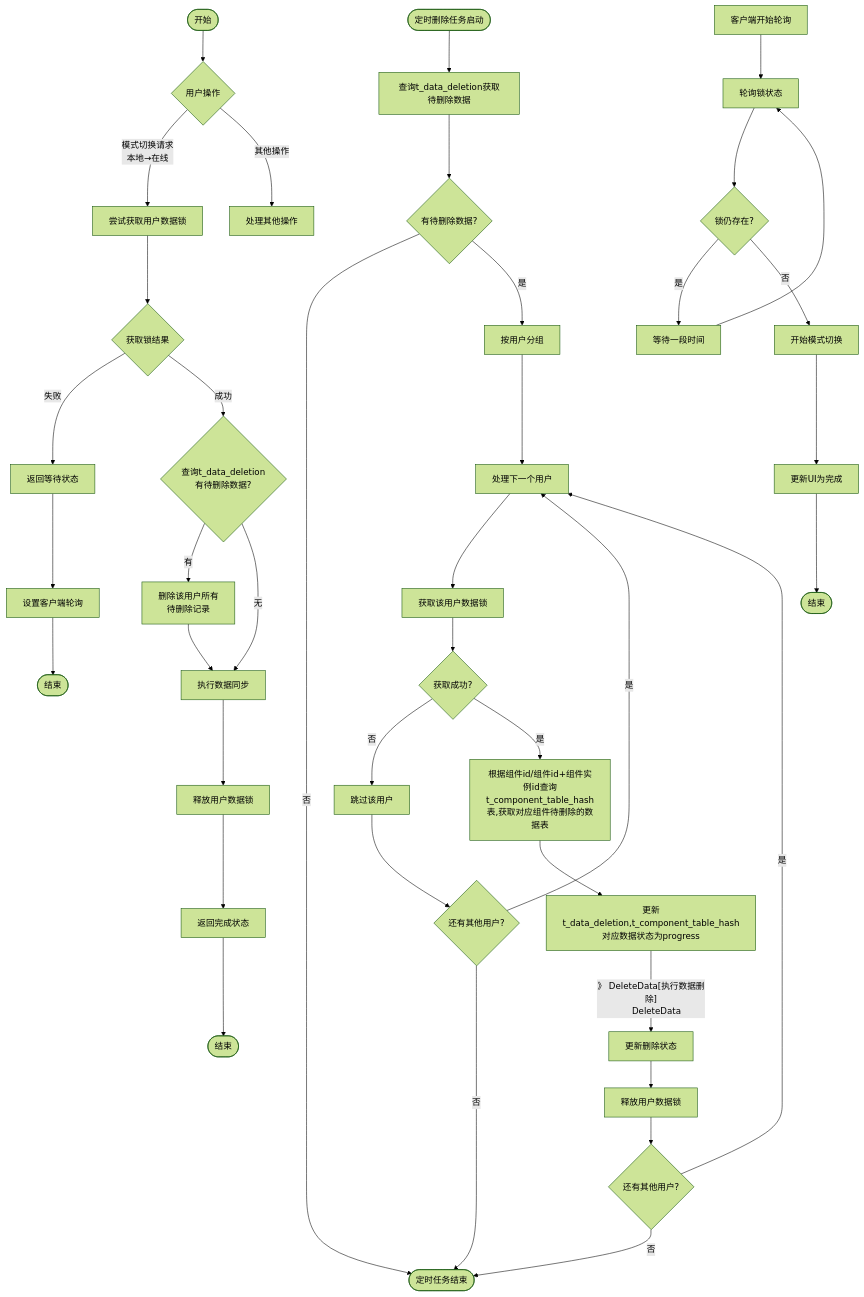
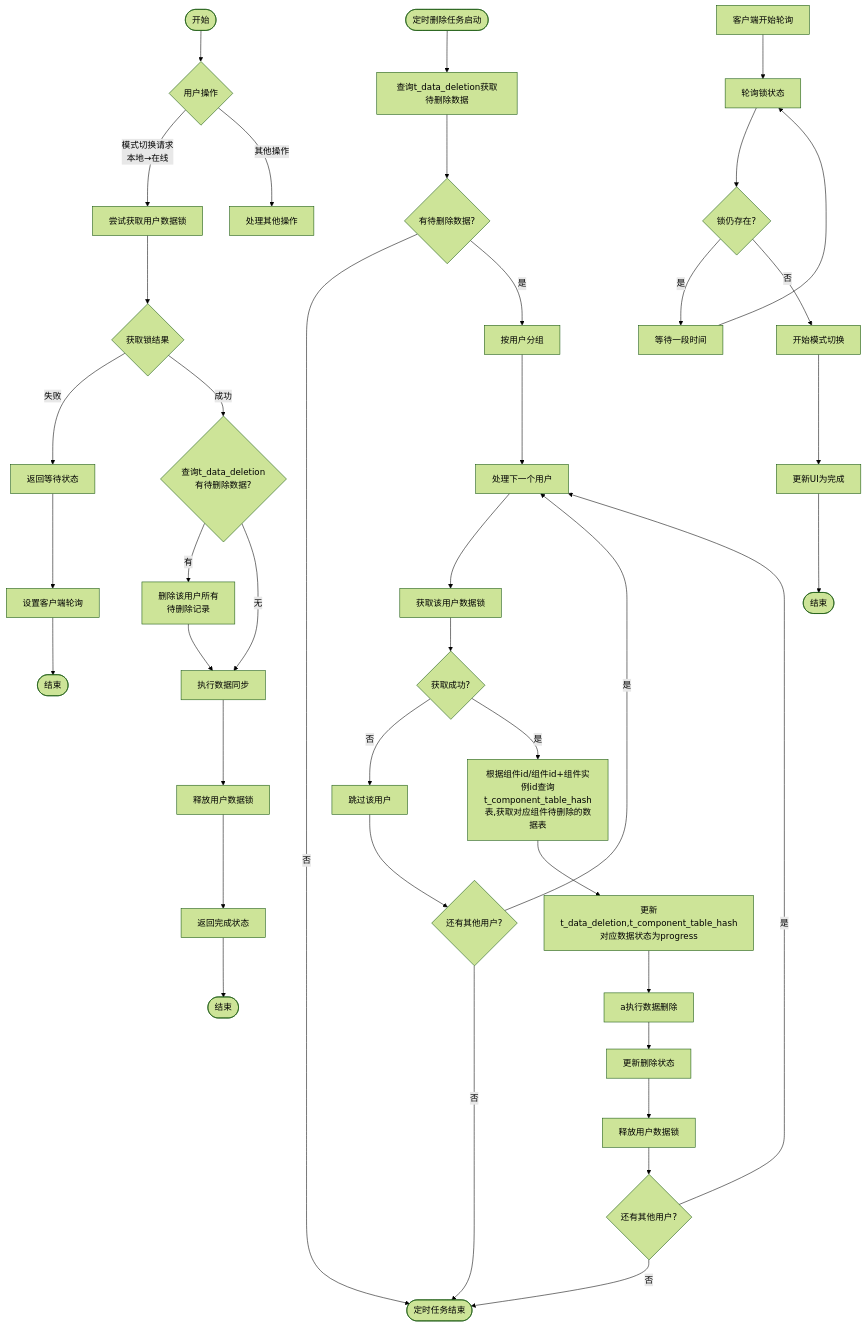
The diagram in all/未命名-57.md (yingjianzh/iodraw-files), drawn with Mermaid (forest theme) before and after one commit.

Commit message:
2025-05-12 11:23:30 update

````diff
--- a/all/未命名-57.md
+++ b/all/未命名-57.md
@@ -1,62 +1,62 @@
 ```mermaid
 flowchart TD
     %% 主要分支
     Start([开始]) --> UserAction{用户操作}
     UserAction -->|模式切换请求\n本地→在线| TryLock[尝试获取用户数据锁]
     UserAction -->|其他操作| OtherOps[处理其他操作]
     
     %% 定时删除任务分支
     ScheduledTask([定时删除任务启动]) --> QueryDeletions[查询t_data_deletion获取待删除数据]
     QueryDeletions --> HasTasks{有待删除数据?}
     HasTasks -->|否| TaskEnd([定时任务结束])
     HasTasks -->|是| GroupByUser[按用户分组]
     
     %% 处理用户数据删除
     GroupByUser --> ProcessNextUser[处理下一个用户]
     ProcessNextUser --> AcquireLock[获取该用户数据锁]
     AcquireLock --> LockSuccess{获取成功?}
     
     LockSuccess -->|否| SkipUser[跳过该用户]
     SkipUser --> MoreUsers1{还有其他用户?}
     MoreUsers1 -->|是| ProcessNextUser
     MoreUsers1 -->|否| TaskEnd
     
     LockSuccess -->|是| GetData[根据组件id/组件id+组件实例id查询t_component_table_hash表,获取对应组件待删除的数据表]
     
     GetData --> UpdateData[更新t_data_deletion,t_component_table_hash对应数据状态为progress]
-    UpdateData --》 DeleteData[执行数据删除]
+    UpdateData --> DeleteData[a执行数据删除]
     DeleteData --> UpdateStatus[更新删除状态]
     UpdateStatus --> ReleaseLock[释放用户数据锁]
     ReleaseLock --> MoreUsers2{还有其他用户?}
     MoreUsers2 -->|是| ProcessNextUser
     MoreUsers2 -->|否| TaskEnd
     
     %% 模式切换流程
     TryLock --> LockResult{获取锁结果}
     
     LockResult -->|失败| ReturnWaiting[返回等待状态]
     ReturnWaiting --> SetupPolling[设置客户端轮询]
     SetupPolling --> End1([结束])
     
     LockResult -->|成功| CheckPendingDeletion{查询t_data_deletion\n有待删除数据?}
     
     CheckPendingDeletion -->|有| RemoveDeletionRecords[删除该用户所有\n待删除记录]
     RemoveDeletionRecords --> PerformSync[执行数据同步]
     
     CheckPendingDeletion -->|无| PerformSync
     
     PerformSync --> ReleaseSwitchLock[释放用户数据锁]
     ReleaseSwitchLock --> ReturnComplete[返回完成状态]
     ReturnComplete --> End2([结束])
     
     %% 客户端轮询
     ClientPolling[客户端开始轮询] --> PollLockStatus[轮询锁状态]
     PollLockStatus --> StillLocked{锁仍存在?}
     
     StillLocked -->|是| WaitInterval[等待一段时间]
     WaitInterval --> PollLockStatus
     
     StillLocked -->|否| StartSwitch[开始模式切换]
     StartSwitch --> CompleteUI[更新UI为完成]
     CompleteUI --> End3([结束])
 ```
````
